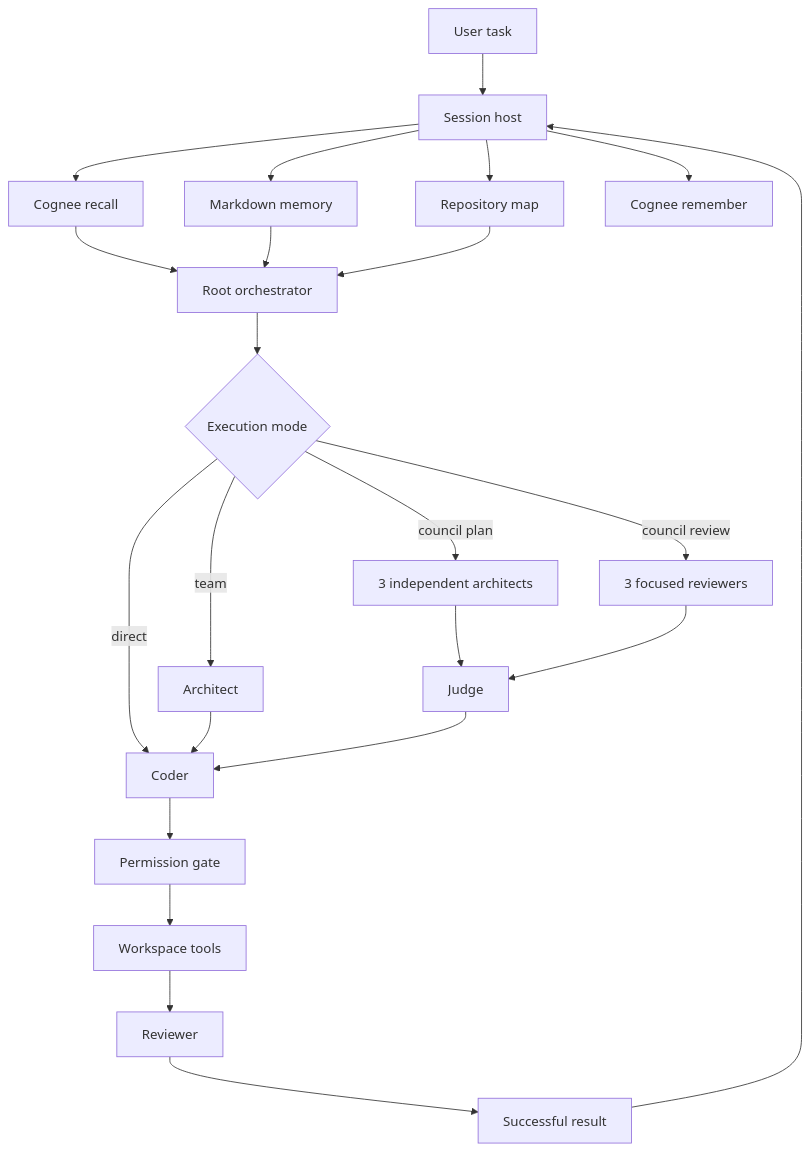
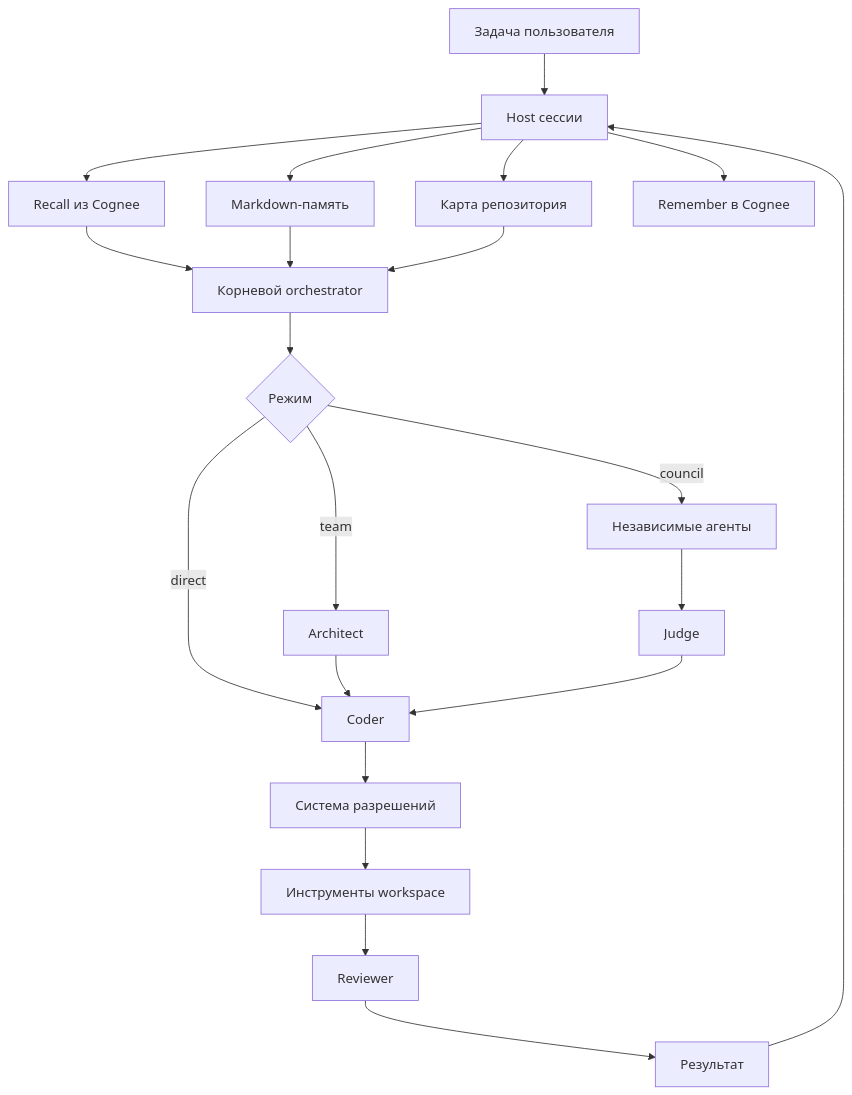
The diagram in README.md (theJorDea/JevioFuseHack), drawn with Mermaid before and after one commit. The commit also changed other lines of this file, not shown here.

````diff
--- a/README.md
+++ b/README.md
@@ -65,28 +49,23 @@
 ```mermaid
 flowchart TD
-    U[User task] --> H[Session host]
-    H --> R[Cognee recall]
-    R --> O[Root orchestrator]
-    H --> M[Markdown memory]
+    U[Задача пользователя] --> H[Host сессии]
+    H --> R[Recall из Cognee]
+    H --> M[Markdown-память]
+    H --> I[Карта репозитория]
+    R --> O[Корневой orchestrator]
     M --> O
-    H --> I[Repository map]
     I --> O
-
-    O --> D{Execution mode}
+    O --> D{Режим}
     D -->|direct| C[Coder]
     D -->|team| A[Architect]
-    D -->|council plan| AC[3 independent architects]
-    D -->|council review| RC[3 focused reviewers]
-
+    D -->|council| AC[Независимые агенты]
     A --> C
     AC --> J[Judge]
     J --> C
-    C --> P[Permission gate]
-    P --> W[Workspace tools]
+    C --> P[Система разрешений]
+    P --> W[Инструменты workspace]
     W --> V[Reviewer]
-    RC --> J
-
-    V --> S[Successful result]
+    V --> S[Результат]
     S --> H
-    H --> RM[Cognee remember]
+    H --> RM[Remember в Cognee]
 ```
````
